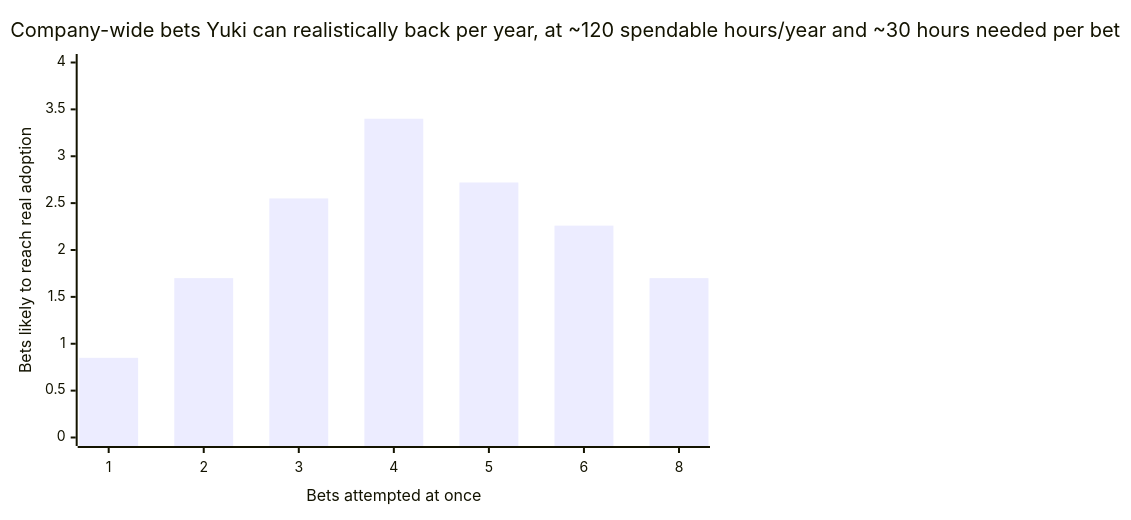
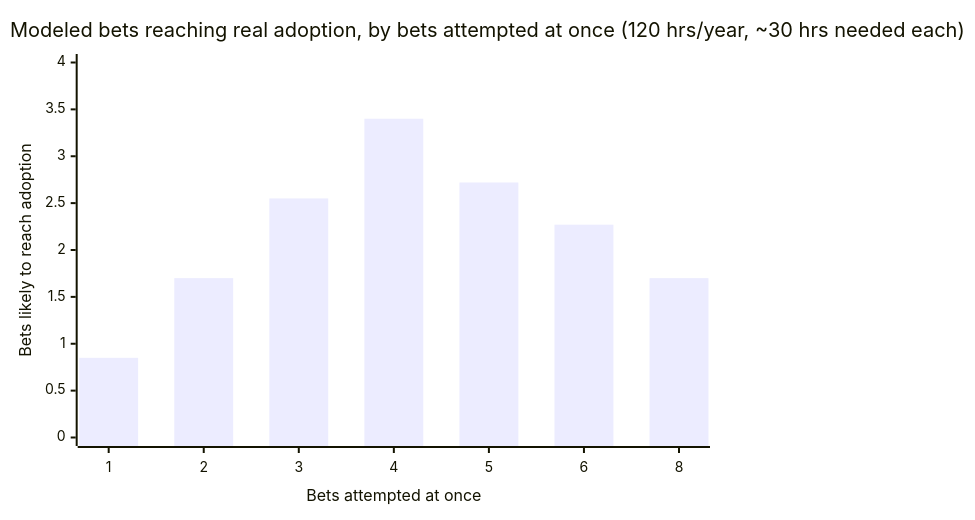
Before and after one commit to francoandreDev/knowledge: the second of 2 diagrams in src/content/business-communication/org-level-influence/L2-concept.mdx, drawn with Mermaid. The commit also changed other lines of this file and 3 other files, not shown here.

````diff
--- a/src/content/business-communication/org-level-influence/L2-concept.mdx
+++ b/src/content/business-communication/org-level-influence/L2-concept.mdx
@@ -102,7 +134,7 @@
 ```mermaid
 xychart-beta
-    title "Company-wide bets Yuki can realistically back per year, at ~120 spendable hours/year and ~30 hours needed per bet"
+    title "Modeled bets reaching real adoption, by bets attempted at once (120 hrs/year, ~30 hrs needed each)"
     x-axis "Bets attempted at once" [1, 2, 3, 4, 5, 6, 8]
-    y-axis "Bets likely to reach real adoption" 0 --> 4
-    bar [0.85, 1.7, 2.55, 3.4, 2.72, 2.26, 1.7]
+    y-axis "Bets likely to reach adoption" 0 --> 4
+    bar [0.85, 1.7, 2.55, 3.4, 2.72, 2.27, 1.7]
 ```
````
